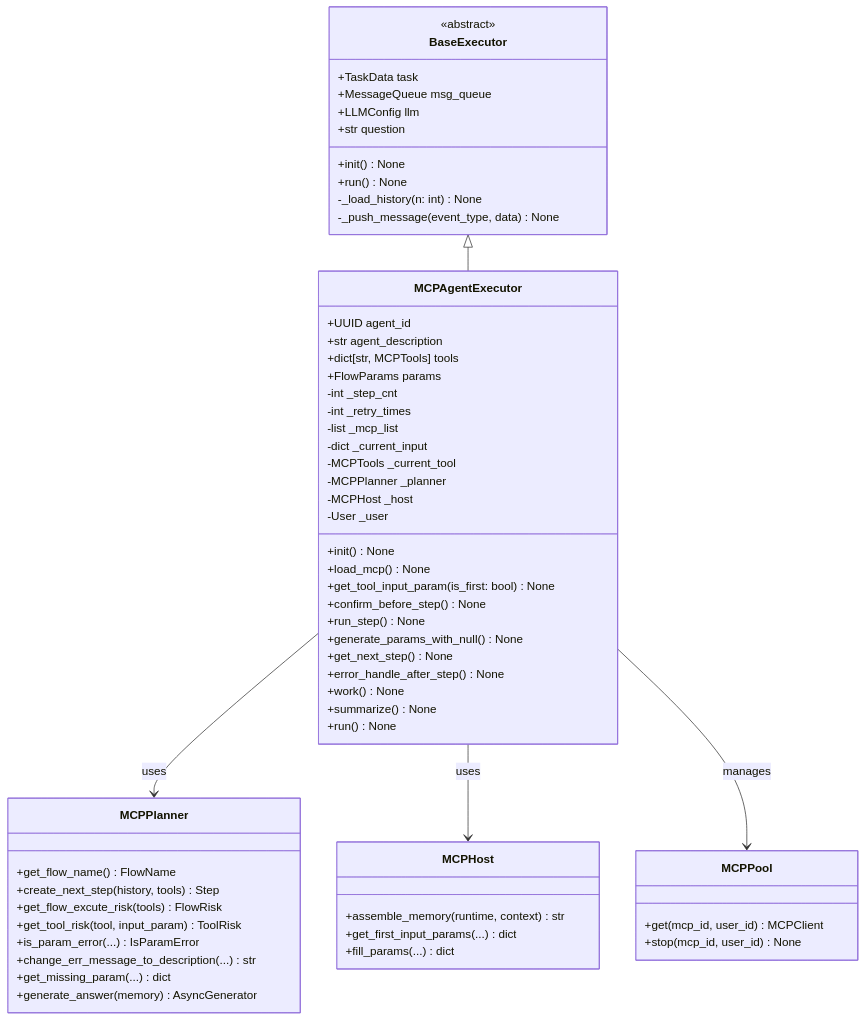
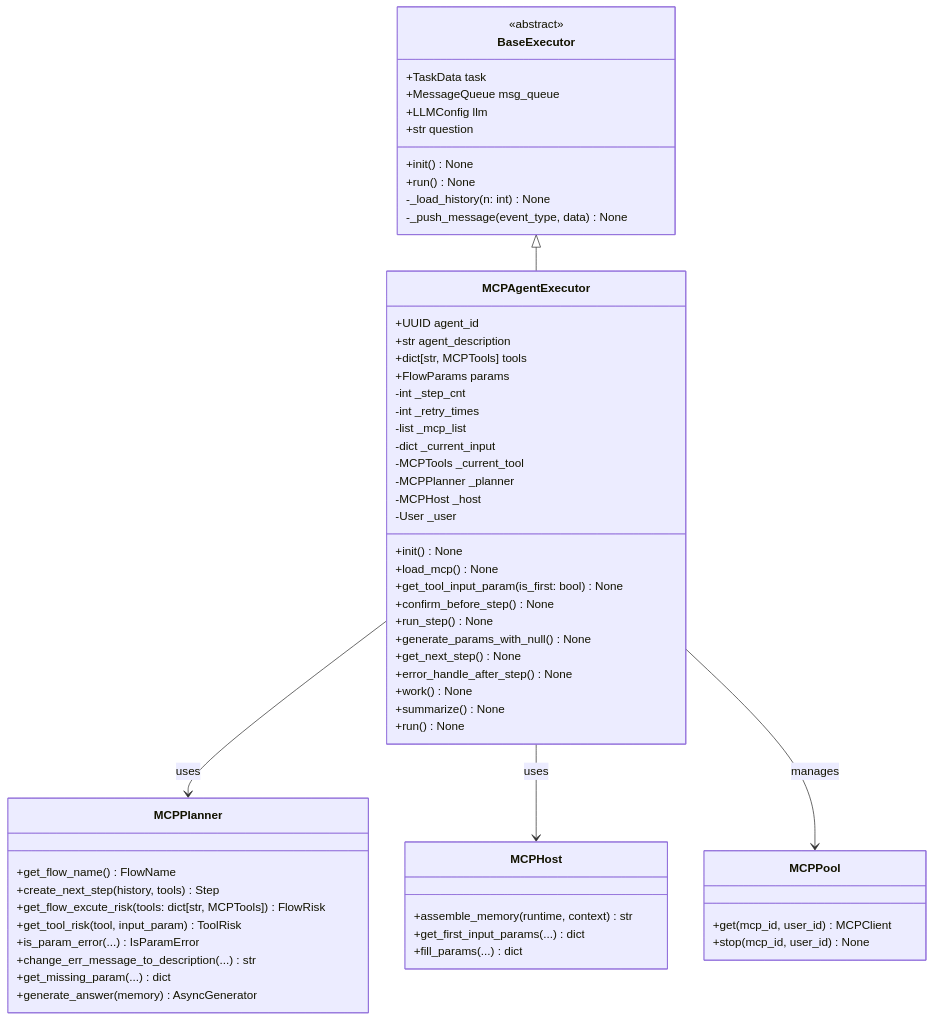
One commit to openeuler-mirror/euler-copilot-framework changed the first of 13 diagrams in design/executor/agent.md. Above: the diagram before and after it, drawn with Mermaid. The commit also changed 15 other files, not shown here.

````diff
--- a/design/executor/agent.md
+++ b/design/executor/agent.md
@@ -28,67 +28,67 @@
 ```mermaid
 classDiagram
     class BaseExecutor {
         <<abstract>>
         +TaskData task
         +MessageQueue msg_queue
         +LLMConfig llm
         +str question
         +init() None
         +run() None
         -_load_history(n: int) None
         -_push_message(event_type, data) None
     }
 
     class MCPAgentExecutor {
         +UUID agent_id
         +str agent_description
         +dict[str, MCPTools] tools
         +FlowParams params
         -int _step_cnt
         -int _retry_times
         -list _mcp_list
         -dict _current_input
         -MCPTools _current_tool
         -MCPPlanner _planner
         -MCPHost _host
         -User _user
         +init() None
         +load_mcp() None
         +get_tool_input_param(is_first: bool) None
         +confirm_before_step() None
         +run_step() None
         +generate_params_with_null() None
         +get_next_step() None
         +error_handle_after_step() None
         +work() None
         +summarize() None
         +run() None
     }
 
     class MCPPlanner {
         +get_flow_name() FlowName
         +create_next_step(history, tools) Step
-        +get_flow_excute_risk(tools) FlowRisk
+        +get_flow_excute_risk(tools: dict[str, MCPTools]) FlowRisk
         +get_tool_risk(tool, input_param) ToolRisk
         +is_param_error(...) IsParamError
         +change_err_message_to_description(...) str
         +get_missing_param(...) dict
         +generate_answer(memory) AsyncGenerator
     }
 
     class MCPHost {
         +assemble_memory(runtime, context) str
         +get_first_input_params(...) dict
         +fill_params(...) dict
     }
 
     class MCPPool {
         +get(mcp_id, user_id) MCPClient
         +stop(mcp_id, user_id) None
     }
 
     BaseExecutor <|-- MCPAgentExecutor
     MCPAgentExecutor --> MCPPlanner : uses
     MCPAgentExecutor --> MCPHost : uses
     MCPAgentExecutor --> MCPPool : manages
 ```
````
